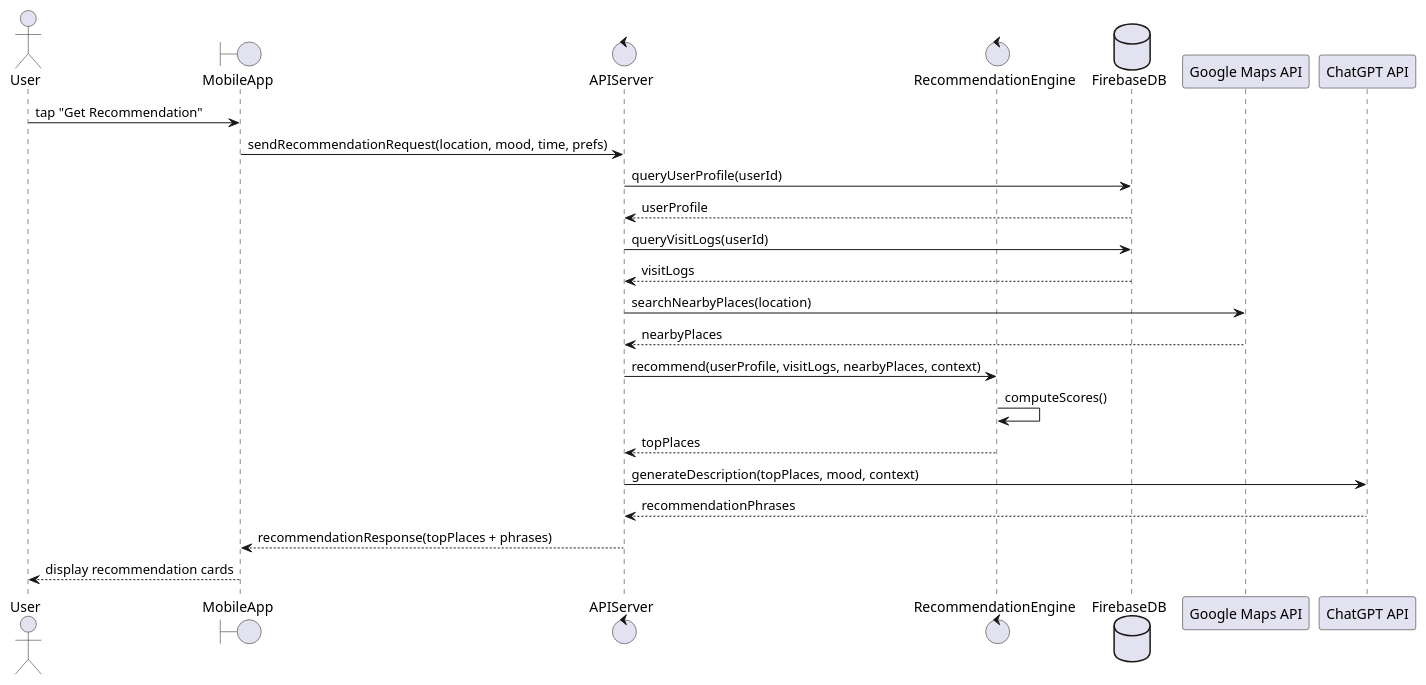
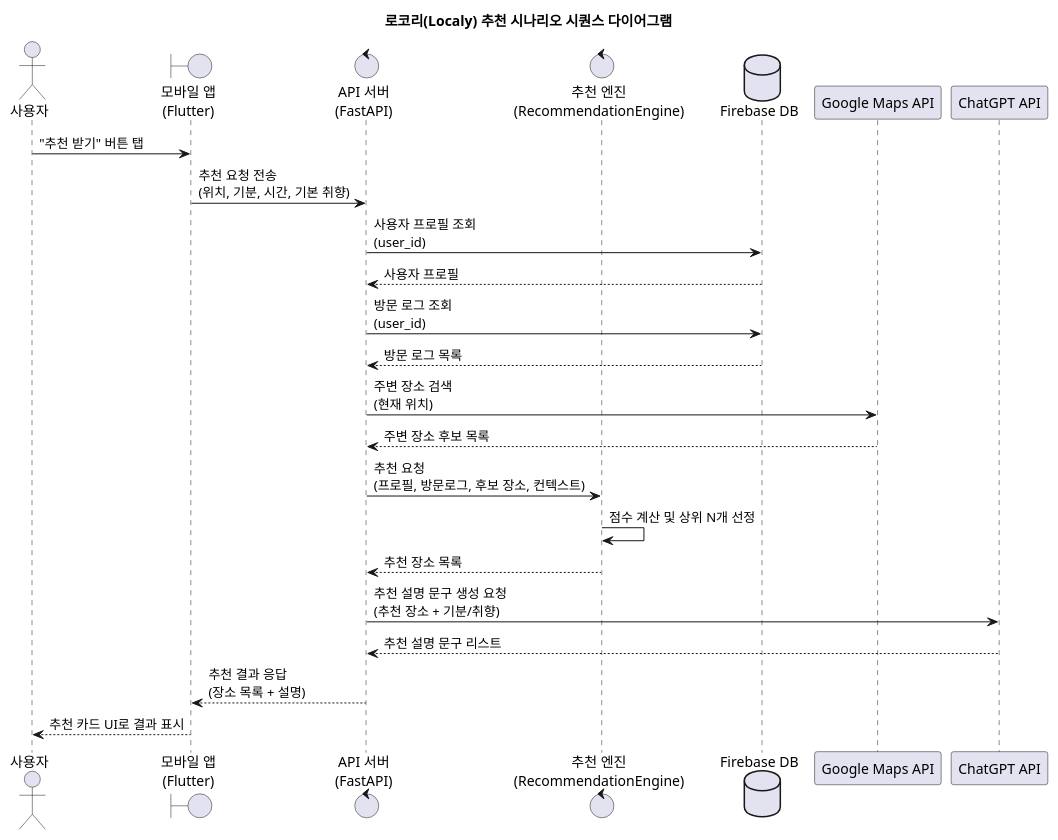
Before and after one commit to neoul-h/25-2: the diagram in Project Mangement/sequence.puml, drawn with PlantUML. The commit also changed 11 other files, not shown here.

```diff
--- a/Project Mangement/sequence.puml
+++ b/Project Mangement/sequence.puml
@@ -1,33 +1,37 @@
 @startuml
-actor User
+skinparam defaultFontName "Apple SD Gothic Neo"
 
-boundary MobileApp
-control APIServer
-control RecommendationEngine
-database FirebaseDB
+title "로코리(Localy) 추천 시나리오 시퀀스 다이어그램"
+
+actor 사용자 as User
+
+boundary "모바일 앱\n(Flutter)" as MobileApp
+control "API 서버\n(FastAPI)" as APIServer
+control "추천 엔진\n(RecommendationEngine)" as RecommendationEngine
+database "Firebase DB" as FirebaseDB
 participant "Google Maps API" as MapsAPI
 participant "ChatGPT API" as GPTAPI
 
-User -> MobileApp: tap "Get Recommendation"
-MobileApp -> APIServer: sendRecommendationRequest(location, mood, time, prefs)
+User -> MobileApp: "추천 받기" 버튼 탭
+MobileApp -> APIServer: 추천 요청 전송\n(위치, 기분, 시간, 기본 취향)
 
-APIServer -> FirebaseDB: queryUserProfile(userId)
-FirebaseDB --> APIServer: userProfile
+APIServer -> FirebaseDB: 사용자 프로필 조회\n(user_id)
+FirebaseDB --> APIServer: 사용자 프로필
 
-APIServer -> FirebaseDB: queryVisitLogs(userId)
-FirebaseDB --> APIServer: visitLogs
+APIServer -> FirebaseDB: 방문 로그 조회\n(user_id)
+FirebaseDB --> APIServer: 방문 로그 목록
 
-APIServer -> MapsAPI: searchNearbyPlaces(location)
-MapsAPI --> APIServer: nearbyPlaces
+APIServer -> MapsAPI: 주변 장소 검색\n(현재 위치)
+MapsAPI --> APIServer: 주변 장소 후보 목록
 
-APIServer -> RecommendationEngine: recommend(userProfile, visitLogs, nearbyPlaces, context)
-RecommendationEngine -> RecommendationEngine: computeScores()
-RecommendationEngine --> APIServer: topPlaces
+APIServer -> RecommendationEngine: 추천 요청\n(프로필, 방문로그, 후보 장소, 컨텍스트)
+RecommendationEngine -> RecommendationEngine: 점수 계산 및 상위 N개 선정
+RecommendationEngine --> APIServer: 추천 장소 목록
 
-APIServer -> GPTAPI: generateDescription(topPlaces, mood, context)
-GPTAPI --> APIServer: recommendationPhrases
+APIServer -> GPTAPI: 추천 설명 문구 생성 요청\n(추천 장소 + 기분/취향)
+GPTAPI --> APIServer: 추천 설명 문구 리스트
 
-APIServer --> MobileApp: recommendationResponse(topPlaces + phrases)
-MobileApp --> User: display recommendation cards
+APIServer --> MobileApp: 추천 결과 응답\n(장소 목록 + 설명)
+MobileApp --> User: 추천 카드 UI로 결과 표시
 
 @enduml
```
